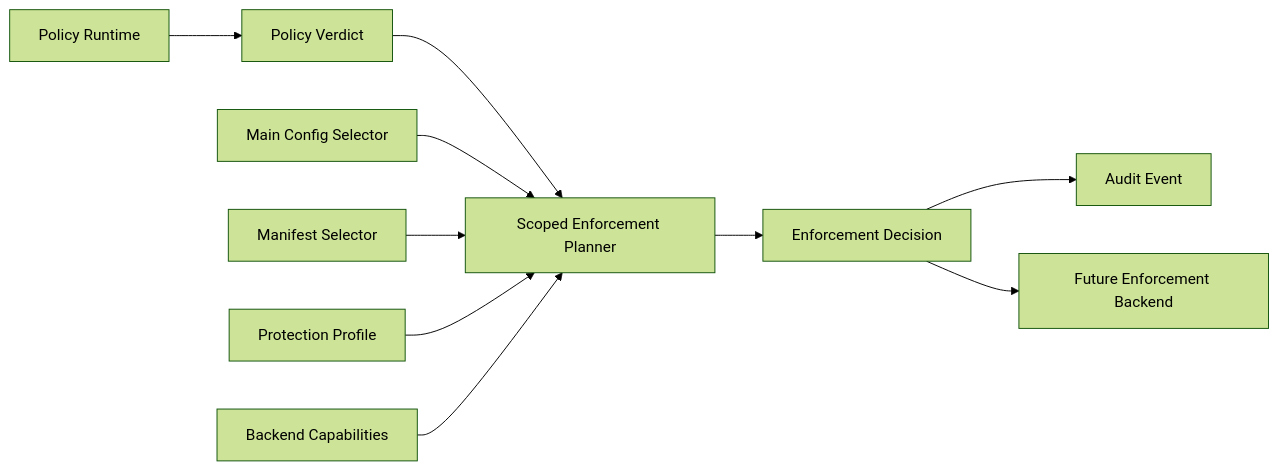
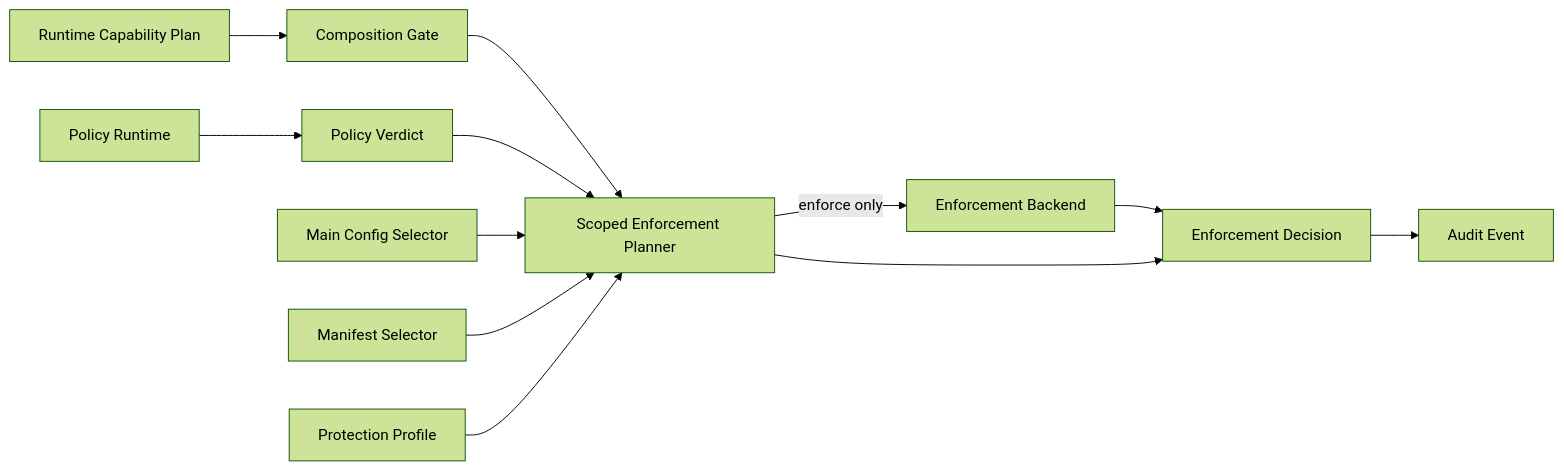
Before and after one commit to M4n5ter/probe: the fifth of 7 diagrams in docs/design.md, drawn with Mermaid (forest theme). The commit also changed other lines of this file and 25 other files, not shown here.

Commit message:
Add enforcement backend boundary

````diff
--- a/docs/design.md
+++ b/docs/design.md
@@ -691,12 +693,14 @@
 ```mermaid
 flowchart LR
     PolicyRuntime[Policy Runtime] --> PolicyVerdict[Policy Verdict]
-    PolicyVerdict --> Planner[Scoped Enforcement Planner]
+    RuntimeCaps[Runtime Capability Plan] --> CompositionGate[Composition Gate]
+    CompositionGate --> Planner[Scoped Enforcement Planner]
+    PolicyVerdict --> Planner
     MainSelector[Main Config Selector] --> Planner
     ManifestSelector[Manifest Selector] --> Planner
     ProtectionProfile[Protection Profile] --> Planner
-    BackendCaps[Backend Capabilities] --> Planner
+    Planner -- enforce only --> Backend[Enforcement Backend]
+    Backend --> Decision
     Planner --> Decision[Enforcement Decision]
     Decision --> Audit[Audit Event]
-    Decision --> FutureBackend[Future Enforcement Backend]
 ```
````
